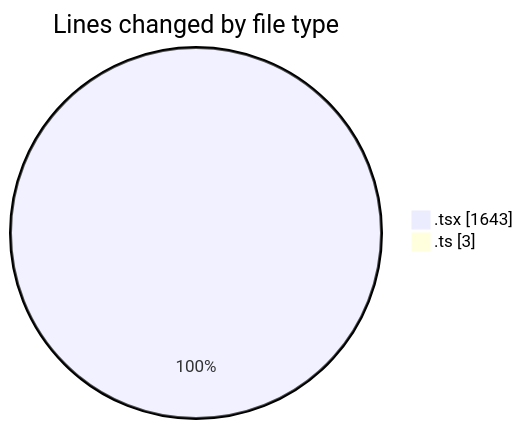
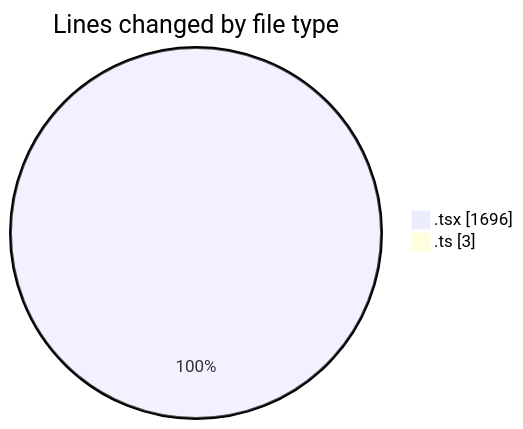
Before and after one commit to momahboobian/code-tracking: the first of 2 diagrams in 2025-02-12/cda/README.md, drawn with Mermaid. The commit also changed other lines of this file and 1 other file, not shown here.

````diff
--- a/2025-02-12/cda/README.md
+++ b/2025-02-12/cda/README.md
@@ -23,6 +23,6 @@
 ```mermaid
 pie showData
 title Lines changed by file type
-".tsx" : 1643
+".tsx" : 1696
 ".ts" : 3
 ```
````
